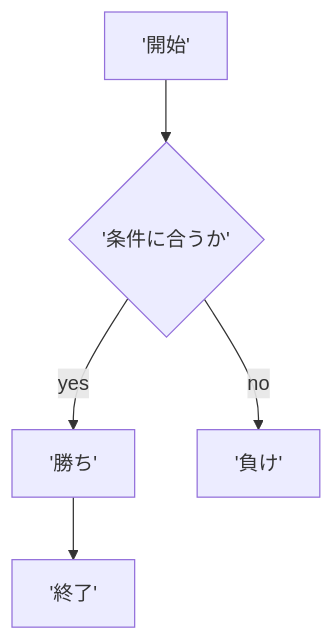
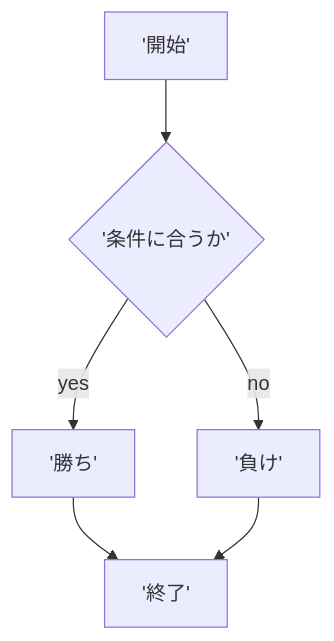
The second of 2 diagrams in README.md (nyanko12/webpro_06), drawn with Mermaid before and after one commit.

Commit message:
11/5のものに追記したもの

````diff
--- a/README.md
+++ b/README.md
@@ -28,14 +28,15 @@
 ```mermaid
 flowchart TD;
 
 start['開始'];
 end1['終了'];
 if{'条件に合うか'};
 win['勝ち'];
 loose['負け'];
 
 start --> if
 if -->|yes| win
 win --> end1
 if -->|no| loose
+loose --> end1
 ```
````
